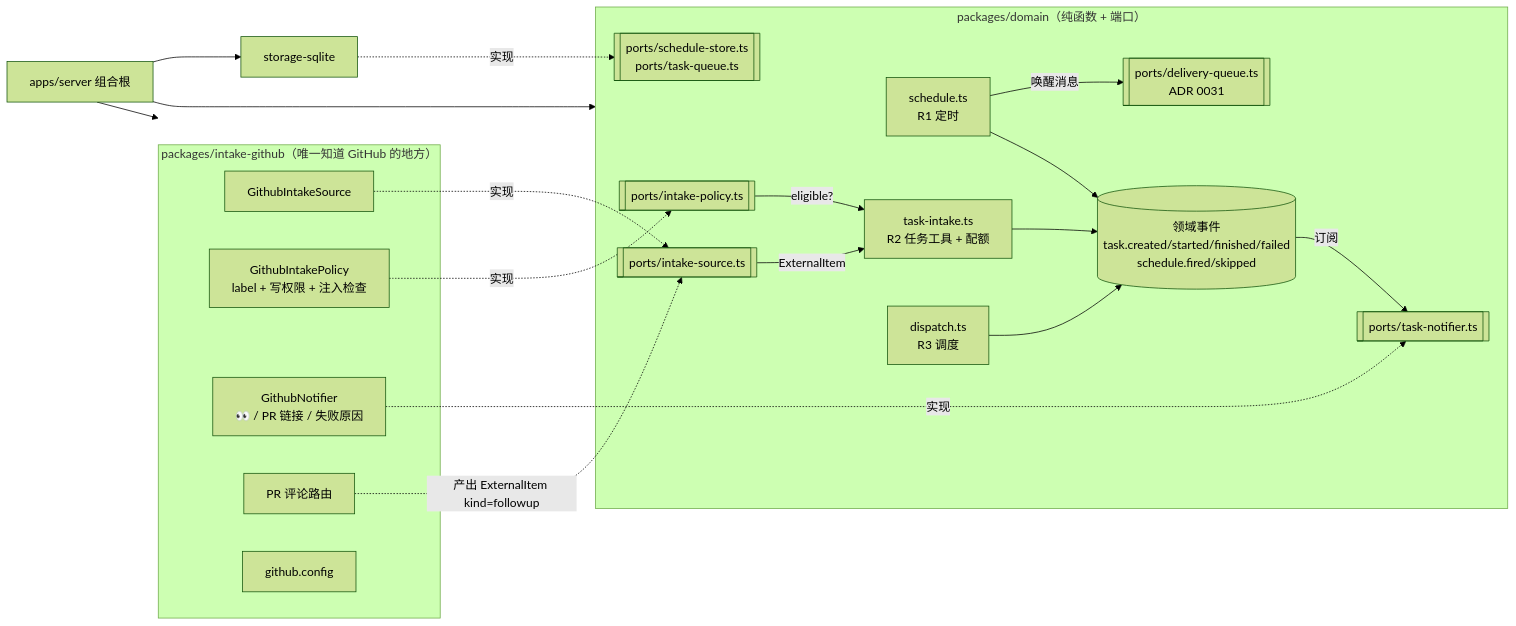
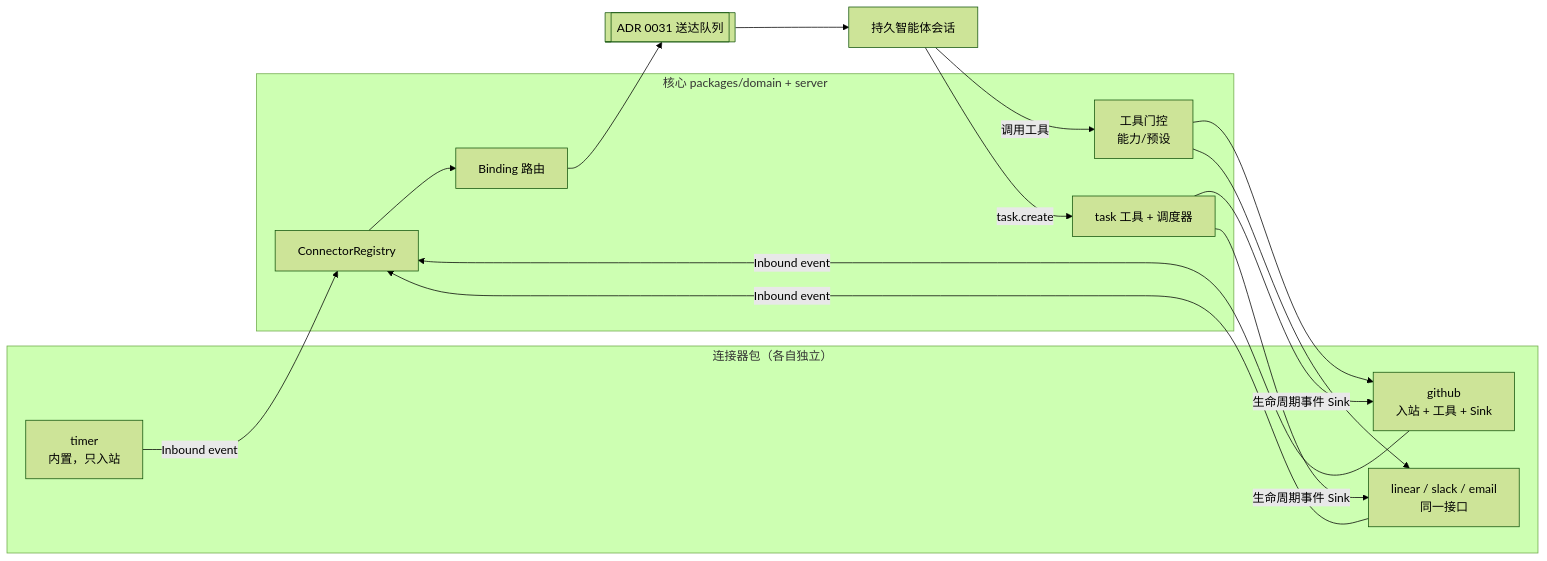
The diagram in docs/adr/0032-router.md (qdw497874677/agent-hub), drawn with Mermaid (forest theme) before and after one commit. The commit also changed other lines of this file and 4 other files, not shown here.

Commit message:
docs: ADR 0032 改为统一连接器抽象（Connector/Binding/事件/工具/Sink），更新草图

````diff
--- a/docs/adr/0032-router.md
+++ b/docs/adr/0032-router.md
@@ -15,36 +25,20 @@
 ```mermaid
 flowchart LR
-  subgraph domain["packages/domain（纯函数 + 端口）"]
-    S[schedule.ts<br/>R1 定时]
-    T[task-intake.ts<br/>R2 任务工具 + 配额]
-    D[dispatch.ts<br/>R3 调度]
-    E[(领域事件<br/>task.created/started/finished/failed<br/>schedule.fired/skipped)]
-    P1[[ports/intake-source.ts]]
-    P2[[ports/intake-policy.ts]]
-    P3[[ports/task-notifier.ts]]
-    P4[[ports/schedule-store.ts<br/>ports/task-queue.ts]]
-    Q[[ports/delivery-queue.ts<br/>ADR 0031]]
+  subgraph conn["连接器包（各自独立）"]
+    TM[timer<br/>内置，只入站]
+    GH[github<br/>入站 + 工具 + Sink]
+    LN[linear / slack / email<br/>同一接口]
   end
-  S -->|唤醒消息| Q
-  S --> E
-  T --> E
-  D --> E
-  E -->|订阅| P3
-  P1 -->|ExternalItem| T
-  P2 -->|eligible?| T
-  subgraph gh["packages/intake-github（唯一知道 GitHub 的地方）"]
-    GS[GithubIntakeSource]
-    GP[GithubIntakePolicy<br/>label + 写权限 + 注入检查]
-    GN[GithubNotifier<br/>👀 / PR 链接 / 失败原因]
-    GR[PR 评论路由]
-    GC[github.config]
+  subgraph core["核心 packages/domain + server"]
+    REG[ConnectorRegistry]
+    BIND[Binding 路由]
+    GATE[工具门控<br/>能力/预设]
+    TASK[task 工具 + 调度器]
   end
-  GS -.实现.-> P1
-  GP -.实现.-> P2
-  GN -.实现.-> P3
-  GR -.产出 ExternalItem kind=followup.-> P1
-  SQL[storage-sqlite] -.实现.-> P4
-  APP[apps/server 组合根] --> domain
-  APP --> gh
-  APP --> SQL
+  Q[[ADR 0031 送达队列]]
+  AG[持久智能体会话]
+  TM & GH & LN -->|Inbound event| REG --> BIND --> Q --> AG
+  AG -->|调用工具| GATE --> GH & LN
+  AG -->|task.create| TASK
+  TASK -->|生命周期事件 Sink| GH & LN
 ```
````
